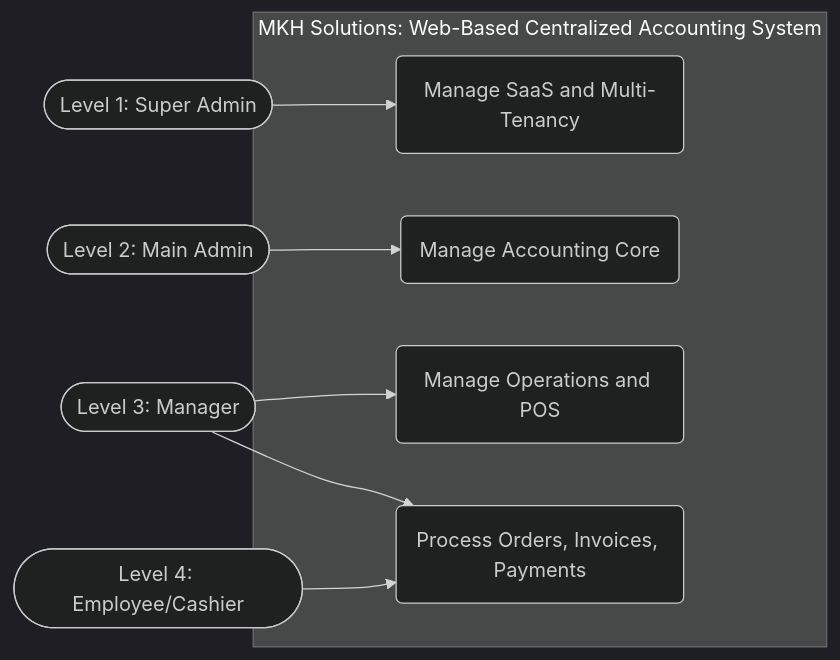
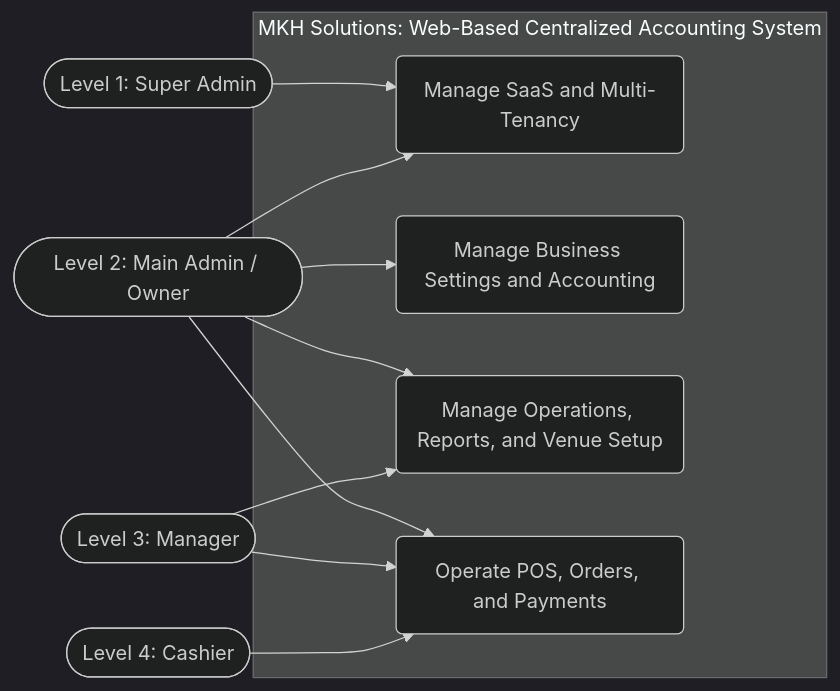
Before and after one commit to TechieTrapLord-vibecoder/ZoneBill: the first of 2 diagrams in DataDictionary.md, drawn with Mermaid (dark theme). The commit also changed other lines of this file and 62 other files, not shown here.

````diff
--- a/DataDictionary.md
+++ b/DataDictionary.md
@@ -7,20 +7,23 @@
 ```mermaid
 flowchart LR
     SA([Level 1: Super Admin])
-    MA([Level 2: Main Admin])
+    MA([Level 2: Main Admin / Owner])
     MGR([Level 3: Manager])
-    EMP([Level 4: Employee/Cashier])
+    EMP([Level 4: Cashier])
 
     subgraph MKH Solutions: Web-Based Centralized Accounting System
         UC1(Manage SaaS and Multi-Tenancy)
-        UC2(Manage Accounting Core)
-        UC3(Manage Operations and POS)
-        UC4(Process Orders, Invoices, Payments)
+        UC2(Manage Business Settings and Accounting)
+        UC3(Manage Operations, Reports, and Venue Setup)
+        UC4(Operate POS, Orders, and Payments)
     end
 
     SA --> UC1
+    MA --> UC1
     MA --> UC2
+    MA --> UC3
+    MA --> UC4
     MGR --> UC3
+    MGR --> UC4
     EMP --> UC4
-    MGR --> UC4
 ```
````
